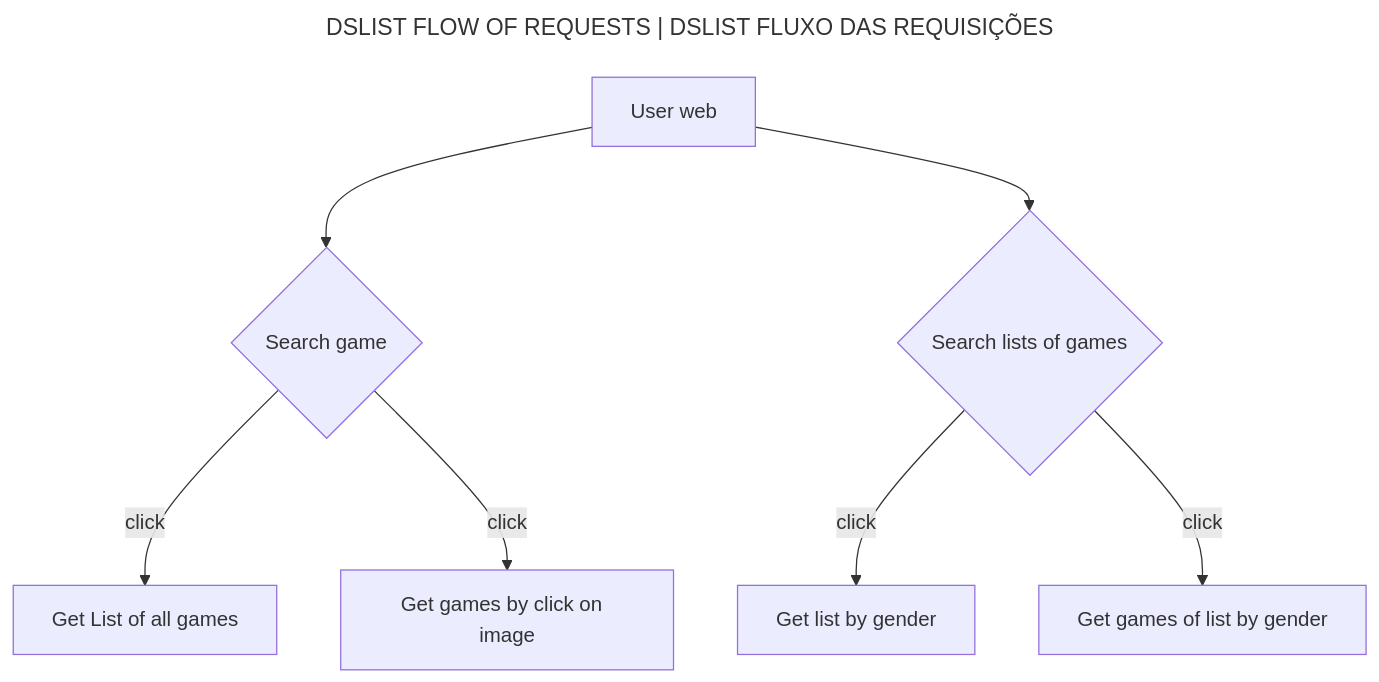
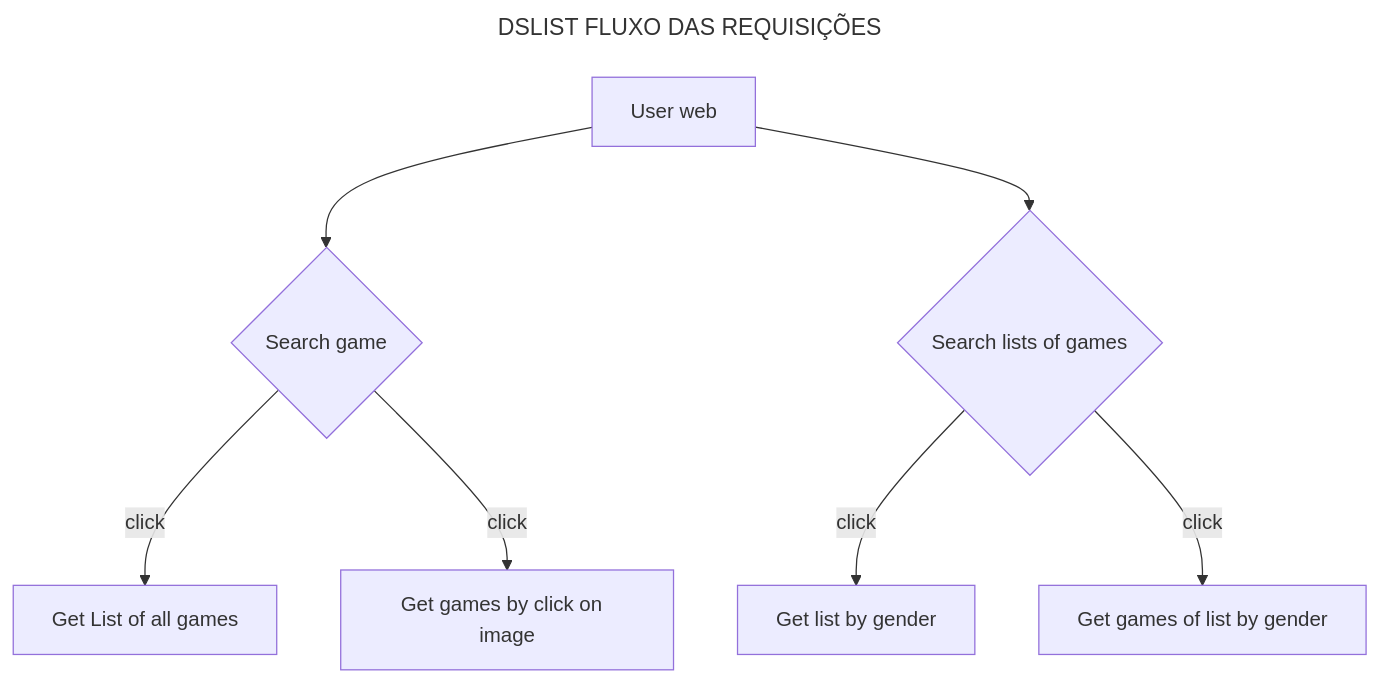
The second of 2 diagrams in README.md (brunoonofre64/dslist), drawn with Mermaid before and after one commit. The commit also changed other lines of this file and 1 other file, not shown here.

`````diff
--- a/README.md
+++ b/README.md
@@ -151,15 +138,15 @@
 ````mermaid
 ---
-title: DSLIST FLOW OF REQUESTS | DSLIST FLUXO DAS REQUISIÇÕES
+title: DSLIST FLUXO DAS REQUISIÇÕES
 ---
 
 flowchart TD
     userWeb[User web] --> searchGame{Search game}
     searchGame -->|click| getAll[Get List of all games]
     searchGame -->|click| getOnClick[Get games by click on  image]
     userWeb[User web] --> byListOfGame{Search lists of games}
     byListOfGame --> |click| byGameGender[Get list by gender]
     byListOfGame --> |click| gameInsideList[Get games of list by gender]
     
 
 ````
`````
